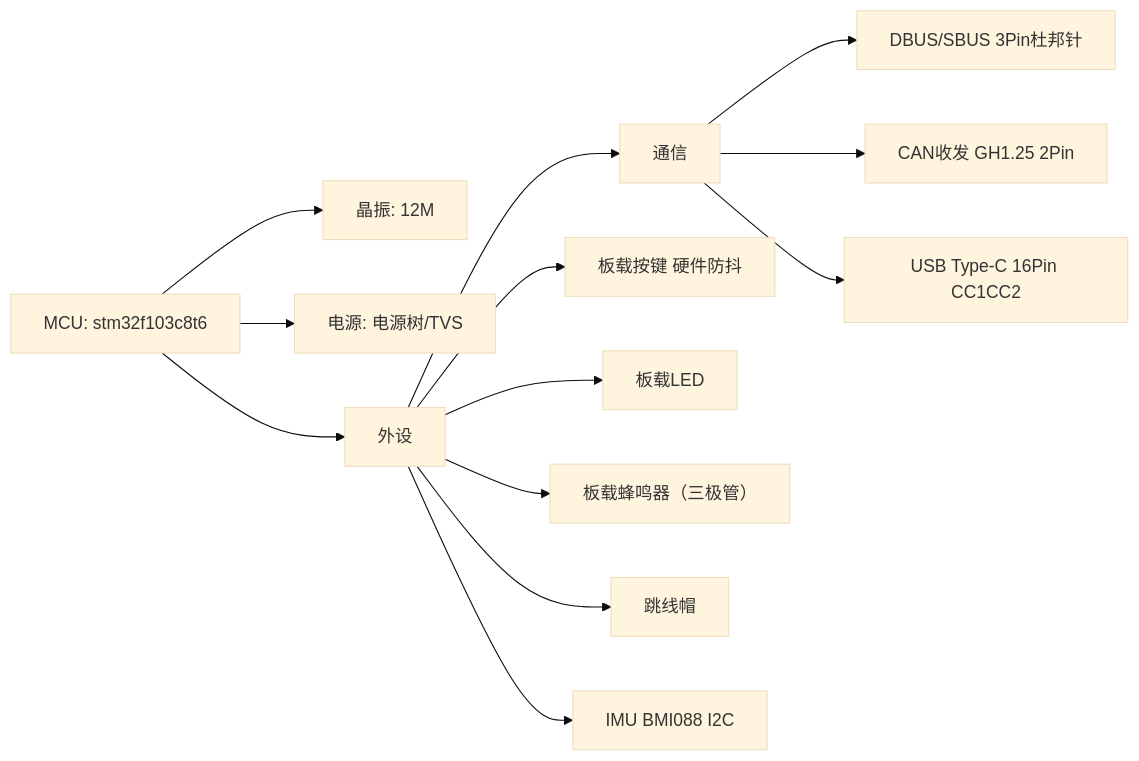
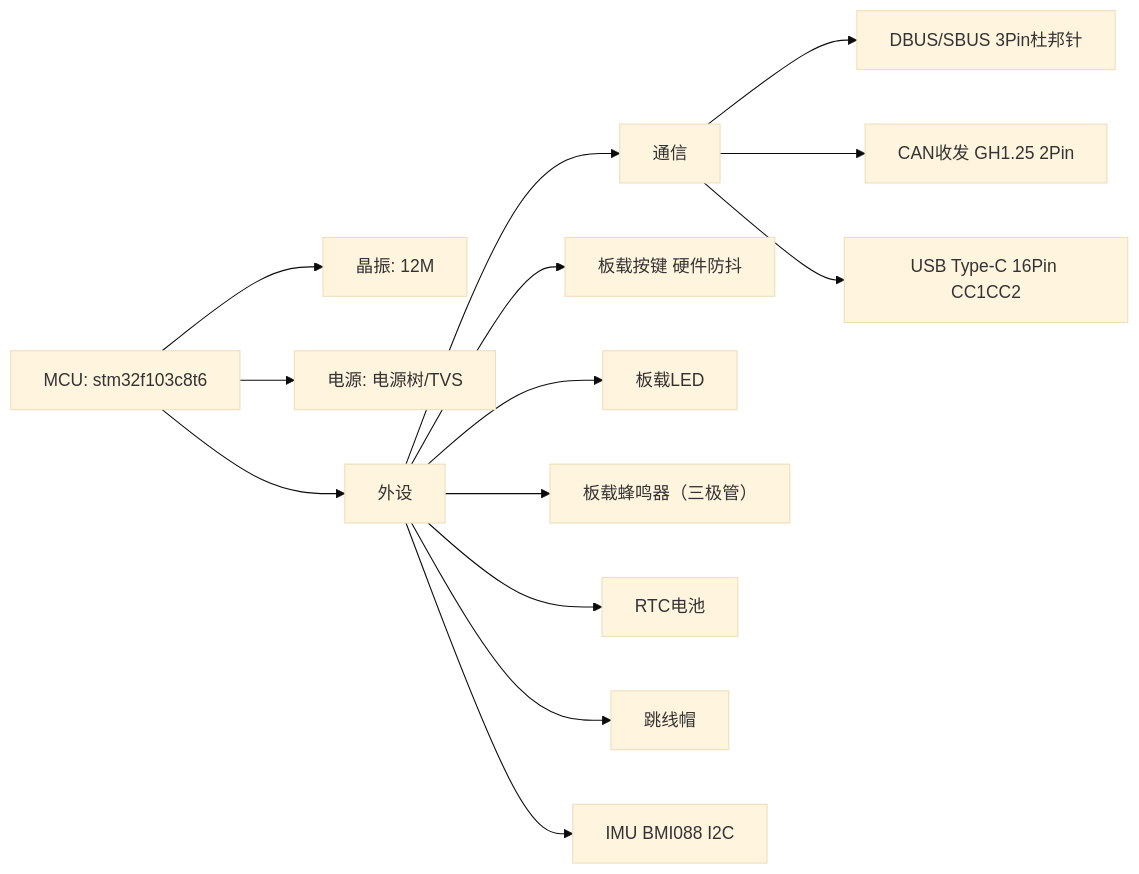
Before and after one commit to ChenYuWuAi/hardware_train: the first of 2 diagrams in README.md, drawn with Mermaid (base theme). The commit also changed other lines of this file, not shown here.

````diff
--- a/README.md
+++ b/README.md
@@ -7,28 +7,30 @@
 ```mermaid
 graph LR
     A[MCU: stm32f103c8t6]
     B[晶振: 12M]
     C[电源: 电源树/TVS]
     D[外设]
     E[通信]
     F[DBUS/SBUS 3Pin杜邦针]
     G[CAN收发 GH1.25 2Pin]
     H[USB Type-C 16Pin CC1CC2]
     I[板载按键 硬件防抖]
     J[板载LED]
     K[板载蜂鸣器（三极管）]
+    N[RTC电池]
     L[跳线帽]
     M[IMU BMI088 I2C]
     A --> B
     A --> C
     A --> D
     D --> E
     E --> F
     E --> G
     E --> H
     D --> I
     D --> J
     D --> K
     D --> L
     D --> M
+    D --> N
 ```
````
